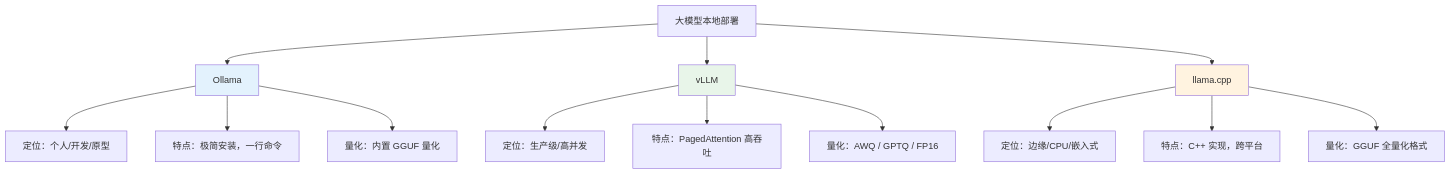
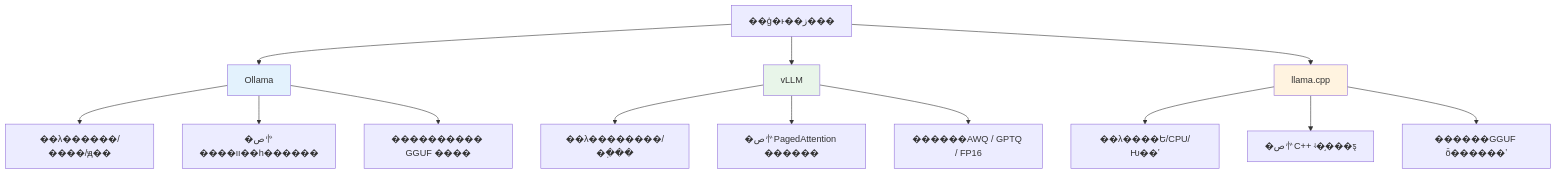
The second of 9 diagrams in content/post/ai-interview/大模型如何做本地化部署.zh-CN.md (TimeHunter618/hugo-maid-dev), drawn with Mermaid before and after one commit. The commit also changed other lines of this file and 70 other files, not shown here.

````diff
--- a/content/post/ai-interview/大模型如何做本地化部署.zh-CN.md
+++ b/content/post/ai-interview/大模型如何做本地化部署.zh-CN.md
@@ -70,22 +70,22 @@
 ```mermaid
 graph TD
-    A[大模型本地部署] --> B[Ollama]
+    A[��ģ�ͱ��ز���] --> B[Ollama]
     A --> C[vLLM]
     A --> D[llama.cpp]
 
-    B --> B1[定位：个人/开发/原型]
-    B --> B2[特点：极简安装，一行命令]
-    B --> B3[量化：内置 GGUF 量化]
+    B --> B1[��λ������/����/ԭ��]
+    B --> B2[�ص㣺����װ��һ������]
+    B --> B3[���������� GGUF ����]
 
-    C --> C1[定位：生产级/高并发]
-    C --> C2[特点：PagedAttention 高吞吐]
-    C --> C3[量化：AWQ / GPTQ / FP16]
+    C --> C1[��λ��������/�߲���]
+    C --> C2[�ص㣺PagedAttention ������]
+    C --> C3[������AWQ / GPTQ / FP16]
 
-    D --> D1[定位：边缘/CPU/嵌入式]
-    D --> D2[特点：C++ 实现，跨平台]
-    D --> D3[量化：GGUF 全量化格式]
+    D --> D1[��λ����Ե/CPU/Ƕ��ʽ]
+    D --> D2[�ص㣺C++ ʵ�֣���ƽ̨]
+    D --> D3[������GGUF ȫ������ʽ]
 
     style B fill:#e3f2fd
     style C fill:#e8f5e9
     style D fill:#fff3e0
 ```
````
